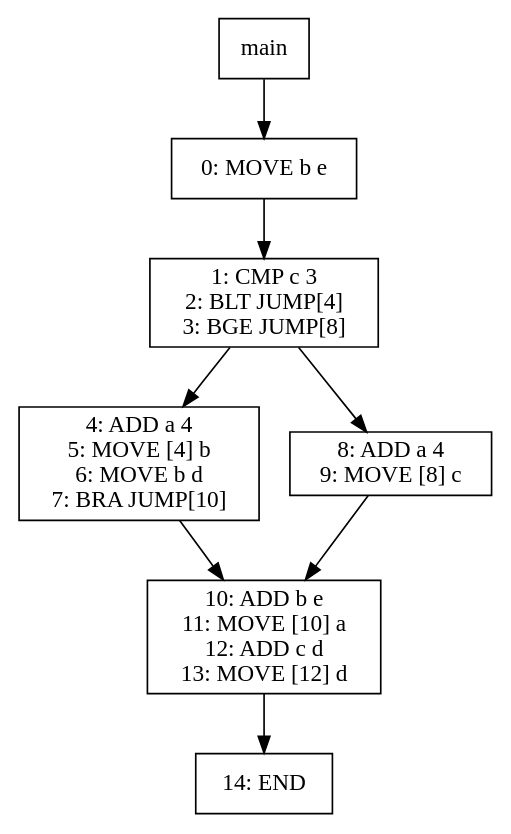
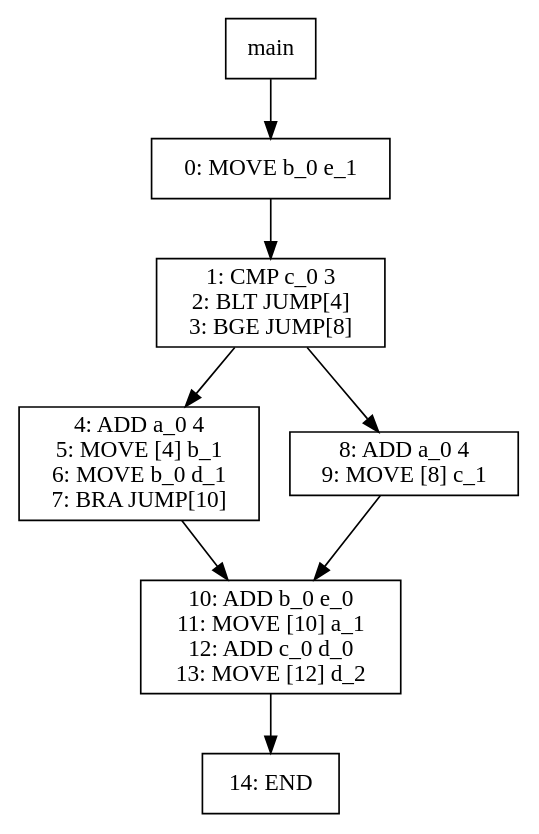
The diagram in viz/test028.dot (jiahanwang/PL241-Compiler), drawn with Graphviz before and after one commit. The commit also changed 91 other files, not shown here.

```diff
--- a/viz/test028.dot
+++ b/viz/test028.dot
@@ -1,32 +1,32 @@
 digraph test028 {
 node [shape=box]
-508[label="main"]
-508 -> 510
-510[label="0: MOVE b e 
+1[label="main"]
+1 -> 3
+3[label="0: MOVE b_0 e_1 
 "]
-510 -> 511
-511[label="1: CMP c 3 
+3 -> 4
+4[label="1: CMP c_0 3 
 2: BLT JUMP[4] 
 3: BGE JUMP[8] 
 "]
-511 -> 513
-513[label="4: ADD a 4 
-5: MOVE [4] b 
-6: MOVE b d 
+4 -> 6
+6[label="4: ADD a_0 4 
+5: MOVE [4] b_1 
+6: MOVE b_0 d_1 
 7: BRA JUMP[10] 
 "]
-513 -> 512
-512[label="10: ADD b e 
-11: MOVE [10] a 
-12: ADD c d 
-13: MOVE [12] d 
+6 -> 5
+5[label="10: ADD b_0 e_0 
+11: MOVE [10] a_1 
+12: ADD c_0 d_0 
+13: MOVE [12] d_2 
 "]
-512 -> 518
-518[label="14: END 
+5 -> 11
+11[label="14: END 
 "]
-511 -> 515
-515[label="8: ADD a 4 
-9: MOVE [8] c 
+4 -> 8
+8[label="8: ADD a_0 4 
+9: MOVE [8] c_1 
 "]
-515 -> 512
+8 -> 5
 }
```
